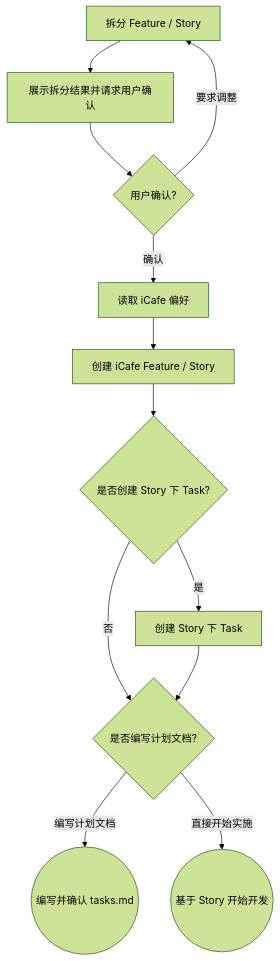
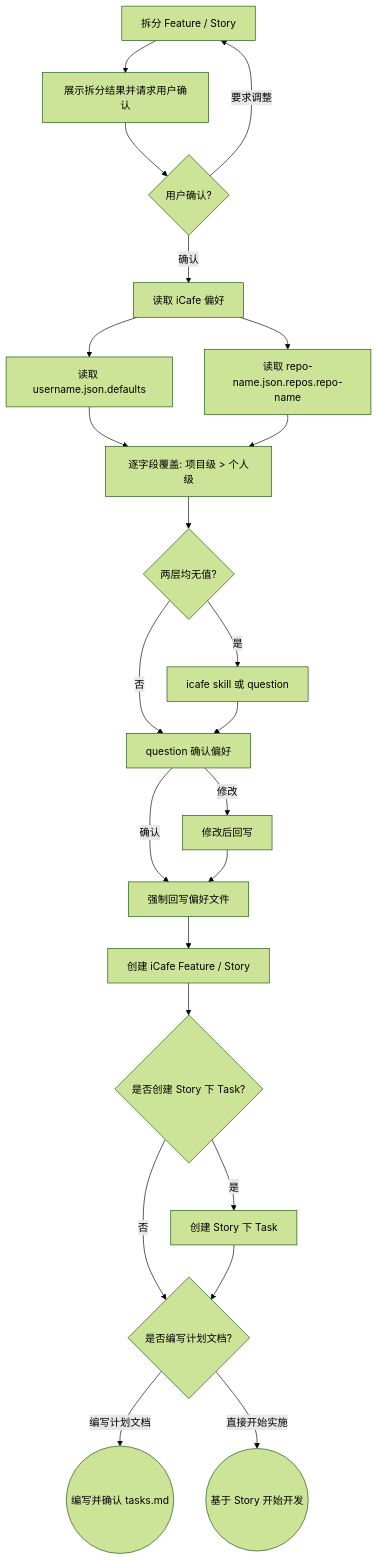
The diagram in skills/split/SKILL.md (BaiduComate/mission-flow), drawn with Mermaid (forest theme) before and after one commit. The commit also changed other lines of this file, not shown here.

````diff
--- a/skills/split/SKILL.md
+++ b/skills/split/SKILL.md
@@ -140,14 +224,25 @@
 ```mermaid
 flowchart TD
     B[拆分 Feature / Story] --> C[展示拆分结果并请求用户确认]
     C --> D{用户确认?}
     D -->|要求调整| B
     D -->|确认| E[读取 iCafe 偏好]
-    E --> F[创建 iCafe Feature / Story]
+    E --> P1[读取 username.json.defaults]
+    E --> P2[读取 repo-name.json.repos.repo-name]
+    P1 --> M[逐字段覆盖: 项目级 > 个人级]
+    P2 --> M
+    M --> Q{两层均无值?}
+    Q -->|是| R[icafe skill 或 question]
+    Q -->|否| CONF[question 确认偏好]
+    R --> CONF
+    CONF -->|确认| WRITE[强制回写偏好文件]
+    CONF -->|修改| EDIT[修改后回写]
+    EDIT --> WRITE
+    WRITE --> F[创建 iCafe Feature / Story]
     F --> T{是否创建 Story 下 Task?}
     T -->|是| U[创建 Story 下 Task]
     T -->|否| G{是否编写计划文档?}
     U --> G
     G -->|编写计划文档| H((编写并确认 tasks.md))
     G -->|直接开始实施| I((基于 Story 开始开发))
 ```
````
